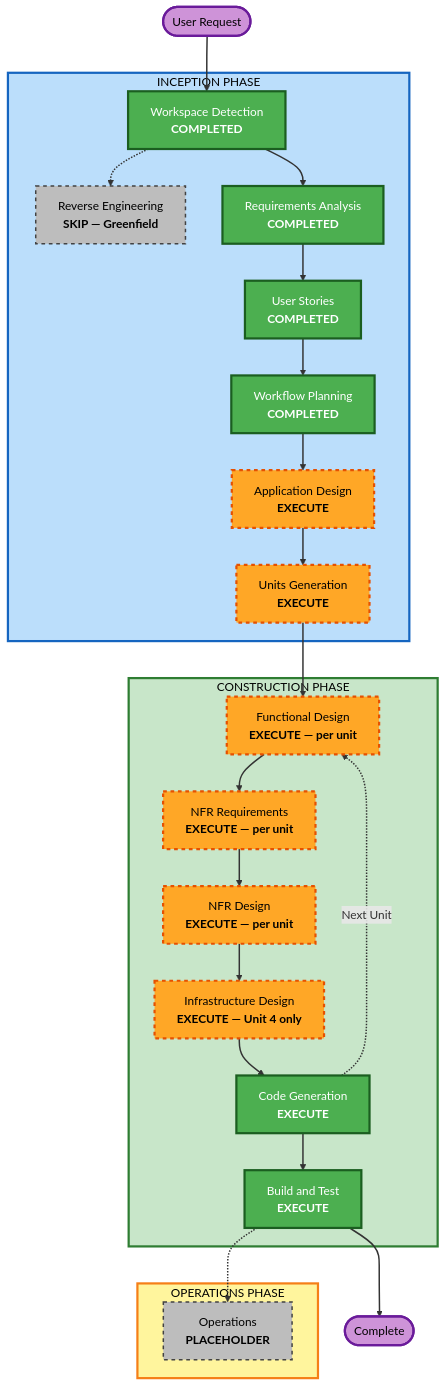
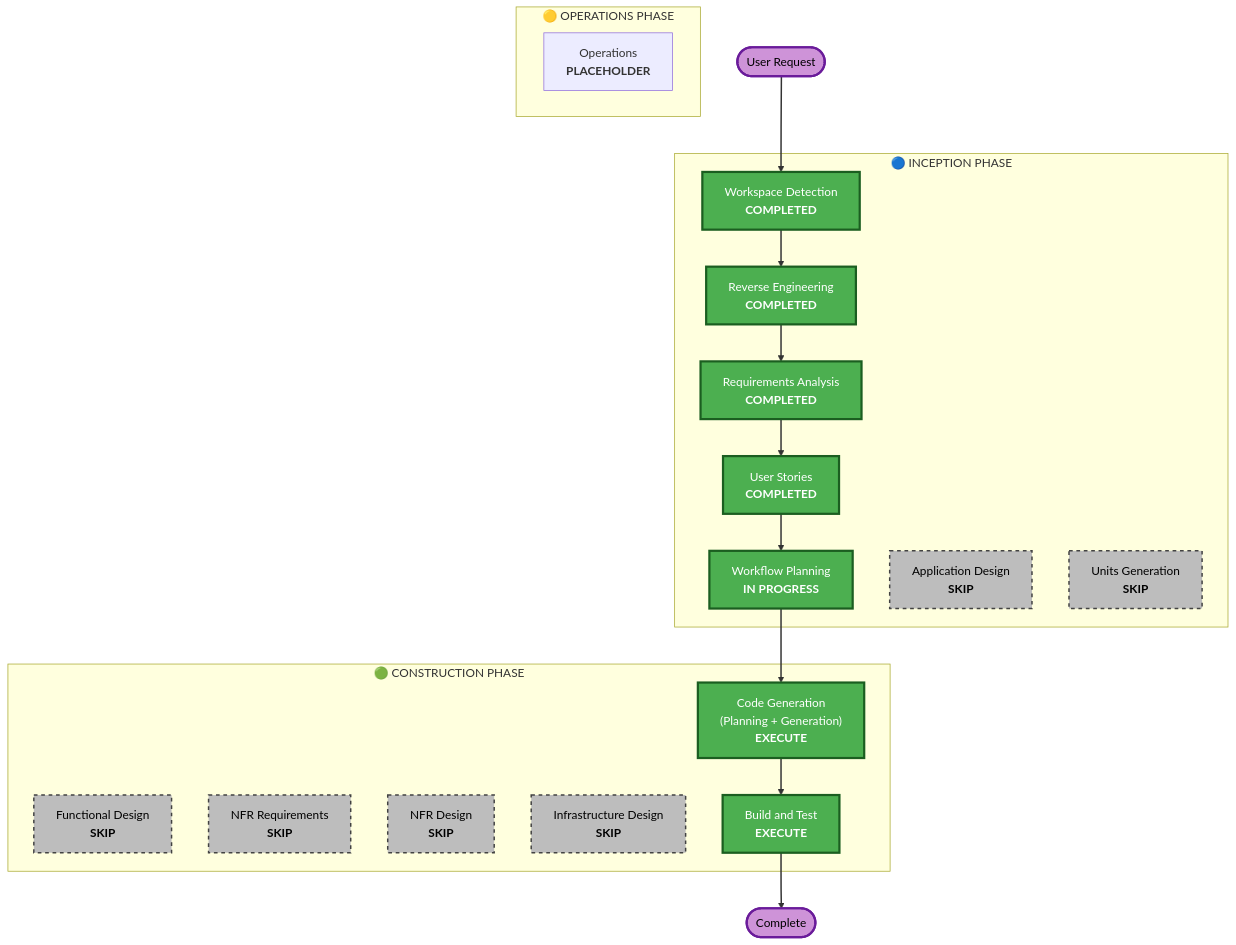
Before and after one commit to yeohcm/PianoVora: the diagram in aidlc-docs/inception/plans/execution-plan.md, drawn with Mermaid. The commit also changed other lines of this file and 40 other files, not shown here.

````diff
--- a/aidlc-docs/inception/plans/execution-plan.md
+++ b/aidlc-docs/inception/plans/execution-plan.md
@@ -49,66 +42,58 @@
 ```mermaid
 flowchart TD
     Start(["User Request"])
-
-    subgraph INCEPTION["INCEPTION PHASE"]
+    
+    subgraph INCEPTION["🔵 INCEPTION PHASE"]
         WD["Workspace Detection<br/><b>COMPLETED</b>"]
-        RE["Reverse Engineering<br/><b>SKIP — Greenfield</b>"]
+        RE["Reverse Engineering<br/><b>COMPLETED</b>"]
         RA["Requirements Analysis<br/><b>COMPLETED</b>"]
         US["User Stories<br/><b>COMPLETED</b>"]
-        WP["Workflow Planning<br/><b>COMPLETED</b>"]
-        AD["Application Design<br/><b>EXECUTE</b>"]
-        UG["Units Generation<br/><b>EXECUTE</b>"]
+        WP["Workflow Planning<br/><b>IN PROGRESS</b>"]
+        AD["Application Design<br/><b>SKIP</b>"]
+        UG["Units Generation<br/><b>SKIP</b>"]
     end
-
-    subgraph CONSTRUCTION["CONSTRUCTION PHASE"]
-        FD["Functional Design<br/><b>EXECUTE — per unit</b>"]
-        NFRA["NFR Requirements<br/><b>EXECUTE — per unit</b>"]
-        NFRD["NFR Design<br/><b>EXECUTE — per unit</b>"]
-        ID["Infrastructure Design<br/><b>EXECUTE — Unit 4 only</b>"]
-        CG["Code Generation<br/><b>EXECUTE</b>"]
+    
+    subgraph CONSTRUCTION["🟢 CONSTRUCTION PHASE"]
+        FD["Functional Design<br/><b>SKIP</b>"]
+        NFRA["NFR Requirements<br/><b>SKIP</b>"]
+        NFRD["NFR Design<br/><b>SKIP</b>"]
+        ID["Infrastructure Design<br/><b>SKIP</b>"]
+        CG["Code Generation<br/>(Planning + Generation)<br/><b>EXECUTE</b>"]
         BT["Build and Test<br/><b>EXECUTE</b>"]
     end
-
-    subgraph OPERATIONS["OPERATIONS PHASE"]
+    
+    subgraph OPERATIONS["🟡 OPERATIONS PHASE"]
         OPS["Operations<br/><b>PLACEHOLDER</b>"]
     end
-
+    
     Start --> WD
-    WD -.-> RE
-    WD --> RA
+    WD --> RE
+    RE --> RA
     RA --> US
     US --> WP
-    WP --> AD
-    AD --> UG
-    UG --> FD
-    FD --> NFRA
-    NFRA --> NFRD
-    NFRD --> ID
-    ID --> CG
-    CG -.->|Next Unit| FD
+    WP --> CG
     CG --> BT
-    BT -.-> OPS
     BT --> End(["Complete"])
 
     style WD fill:#4CAF50,stroke:#1B5E20,stroke-width:3px,color:#fff
+    style RE fill:#4CAF50,stroke:#1B5E20,stroke-width:3px,color:#fff
     style RA fill:#4CAF50,stroke:#1B5E20,stroke-width:3px,color:#fff
     style US fill:#4CAF50,stroke:#1B5E20,stroke-width:3px,color:#fff
     style WP fill:#4CAF50,stroke:#1B5E20,stroke-width:3px,color:#fff
+    
+    style AD fill:#BDBDBD,stroke:#424242,stroke-width:2px,stroke-dasharray: 5 5,color:#000
+    style UG fill:#BDBDBD,stroke:#424242,stroke-width:2px,stroke-dasharray: 5 5,color:#000
+    
+    style FD fill:#BDBDBD,stroke:#424242,stroke-width:2px,stroke-dasharray: 5 5,color:#000
+    style NFRA fill:#BDBDBD,stroke:#424242,stroke-width:2px,stroke-dasharray: 5 5,color:#000
+    style NFRD fill:#BDBDBD,stroke:#424242,stroke-width:2px,stroke-dasharray: 5 5,color:#000
+    style ID fill:#BDBDBD,stroke:#424242,stroke-width:2px,stroke-dasharray: 5 5,color:#000
+    
     style CG fill:#4CAF50,stroke:#1B5E20,stroke-width:3px,color:#fff
     style BT fill:#4CAF50,stroke:#1B5E20,stroke-width:3px,color:#fff
-    style RE fill:#BDBDBD,stroke:#424242,stroke-width:2px,stroke-dasharray: 5 5,color:#000
-    style AD fill:#FFA726,stroke:#E65100,stroke-width:3px,stroke-dasharray: 5 5,color:#000
-    style UG fill:#FFA726,stroke:#E65100,stroke-width:3px,stroke-dasharray: 5 5,color:#000
-    style FD fill:#FFA726,stroke:#E65100,stroke-width:3px,stroke-dasharray: 5 5,color:#000
-    style NFRA fill:#FFA726,stroke:#E65100,stroke-width:3px,stroke-dasharray: 5 5,color:#000
-    style NFRD fill:#FFA726,stroke:#E65100,stroke-width:3px,stroke-dasharray: 5 5,color:#000
-    style ID fill:#FFA726,stroke:#E65100,stroke-width:3px,stroke-dasharray: 5 5,color:#000
-    style OPS fill:#BDBDBD,stroke:#424242,stroke-width:2px,stroke-dasharray: 5 5,color:#000
+    
     style Start fill:#CE93D8,stroke:#6A1B9A,stroke-width:3px,color:#000
     style End fill:#CE93D8,stroke:#6A1B9A,stroke-width:3px,color:#000
-    style INCEPTION fill:#BBDEFB,stroke:#1565C0,stroke-width:3px,color:#000
-    style CONSTRUCTION fill:#C8E6C9,stroke:#2E7D32,stroke-width:3px,color:#000
-    style OPERATIONS fill:#FFF59D,stroke:#F57F17,stroke-width:3px,color:#000
-
+    
     linkStyle default stroke:#333,stroke-width:2px
 ```
````
